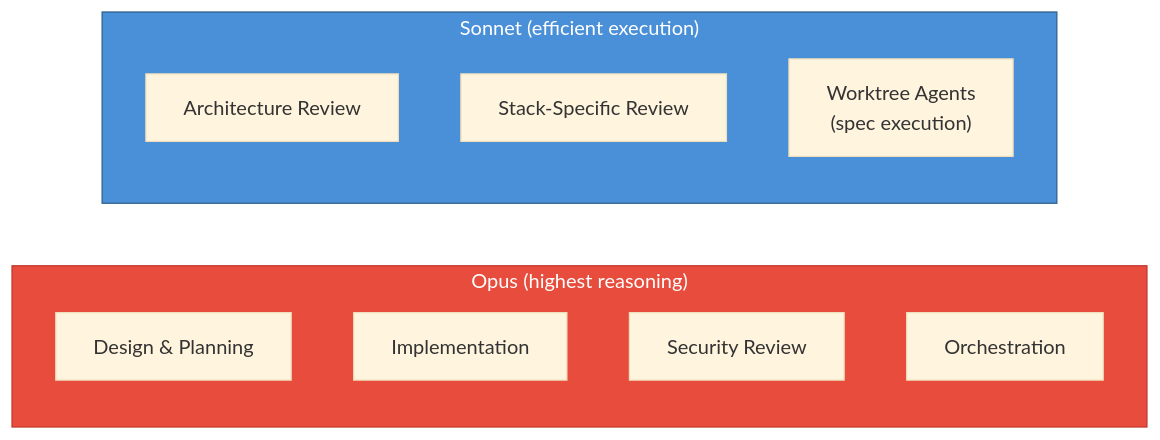
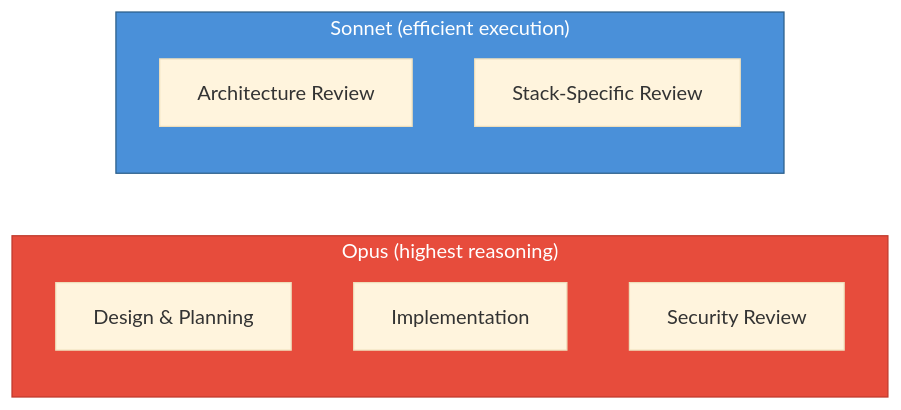
One commit to 0xrafasec/ai-workflow changed the fifth of 6 diagrams in docs/spec-driven-development.md. Above: the diagram before and after it, drawn with Mermaid (base theme). The commit also changed other lines of this file and 9 other files, not shown here.

````diff
--- a/docs/spec-driven-development.md
+++ b/docs/spec-driven-development.md
@@ -211,20 +180,18 @@
 ```mermaid
 flowchart LR
     subgraph OPUS["Opus (highest reasoning)"]
         direction TB
         O1["Design & Planning"]
         O2["Implementation"]
         O3["Security Review"]
-        O4["Orchestration"]
     end
 
     subgraph SONNET["Sonnet (efficient execution)"]
         direction TB
         S1["Architecture Review"]
         S2["Stack-Specific Review"]
-        S3["Worktree Agents<br/>(spec execution)"]
     end
 
     style OPUS fill:#e74c3c,stroke:#c0392b,color:#fff
     style SONNET fill:#4a90d9,stroke:#2c5f8a,color:#fff
 ```
````
